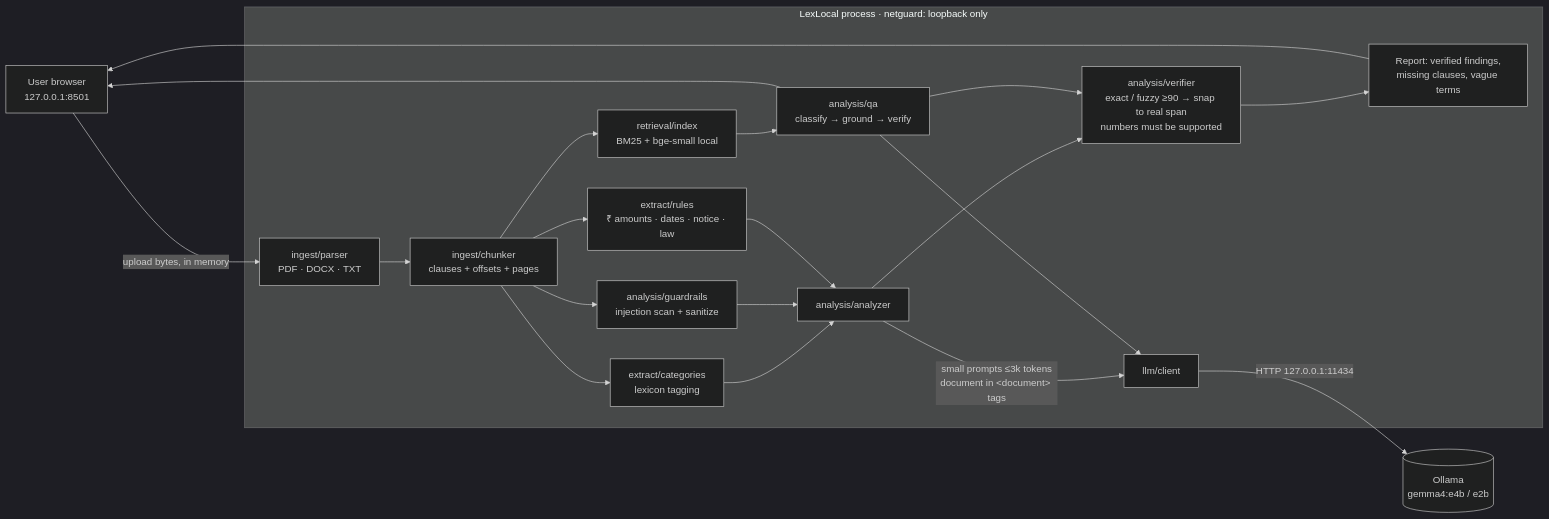
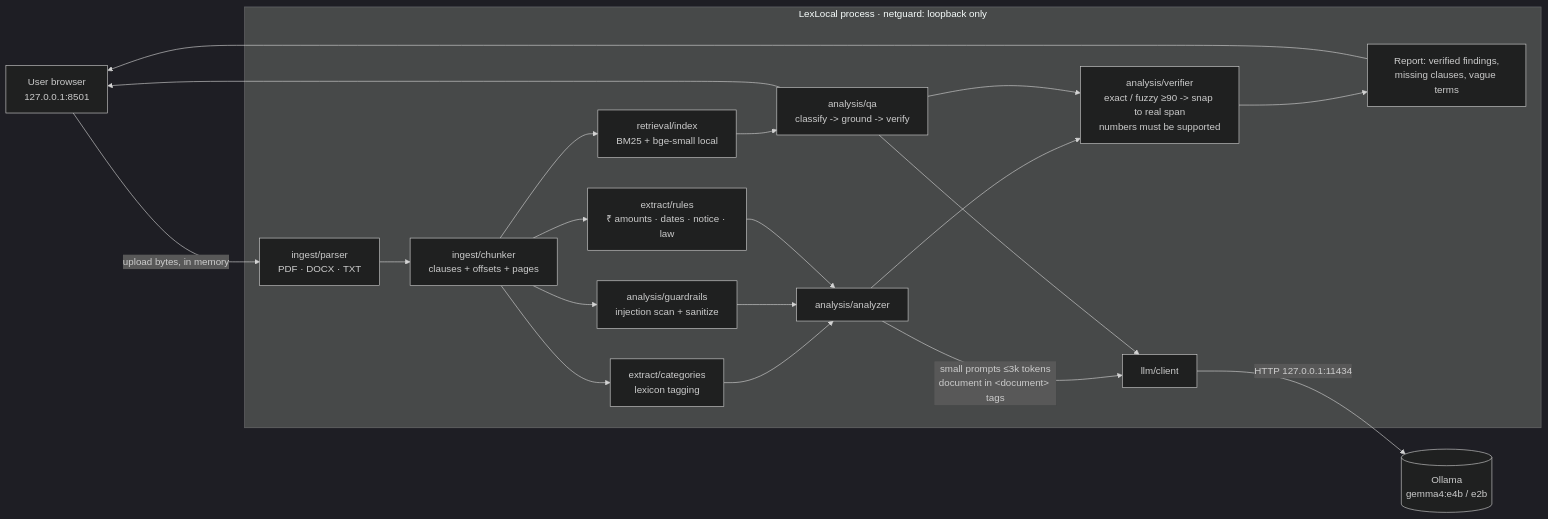
One commit to ZERODAY-2026/NexusBit3.0 changed the diagram in docs/ARCHITECTURE.md. Above: the diagram before and after it, drawn with Mermaid (dark theme). The commit also changed other lines of this file and 16 other files, not shown here.

````diff
--- a/docs/ARCHITECTURE.md
+++ b/docs/ARCHITECTURE.md
@@ -6,23 +6,23 @@
 ```mermaid
 flowchart LR
     U[User browser<br/>127.0.0.1:8501] -->|upload bytes, in memory| P
     subgraph LexLocal process  [LexLocal process · netguard: loopback only]
         P[ingest/parser<br/>PDF · DOCX · TXT] --> C[ingest/chunker<br/>clauses + offsets + pages]
         C --> R[extract/rules<br/>₹ amounts · dates · notice · law]
         C --> K[extract/categories<br/>lexicon tagging]
         C --> G[analysis/guardrails<br/>injection scan + sanitize]
         C --> IDX[retrieval/index<br/>BM25 + bge-small local]
         K --> A[analysis/analyzer]
         G --> A
         R --> A
         A -->|small prompts ≤3k tokens<br/>document in &lt;document&gt; tags| L[llm/client]
-        A --> V[analysis/verifier<br/>exact / fuzzy ≥90 → snap to real span<br/>numbers must be supported]
+        A --> V[analysis/verifier<br/>exact / fuzzy ≥90 -> snap to real span<br/>numbers must be supported]
         V --> REP[Report: verified findings,<br/>missing clauses, vague terms]
-        IDX --> QA[analysis/qa<br/>classify → ground → verify]
+        IDX --> QA[analysis/qa<br/>classify -> ground -> verify]
         QA --> L
         QA --> V
     end
     L -->|HTTP 127.0.0.1:11434| O[(Ollama<br/>gemma4:e4b / e2b)]
     REP --> U
     QA --> U
 ```
````
